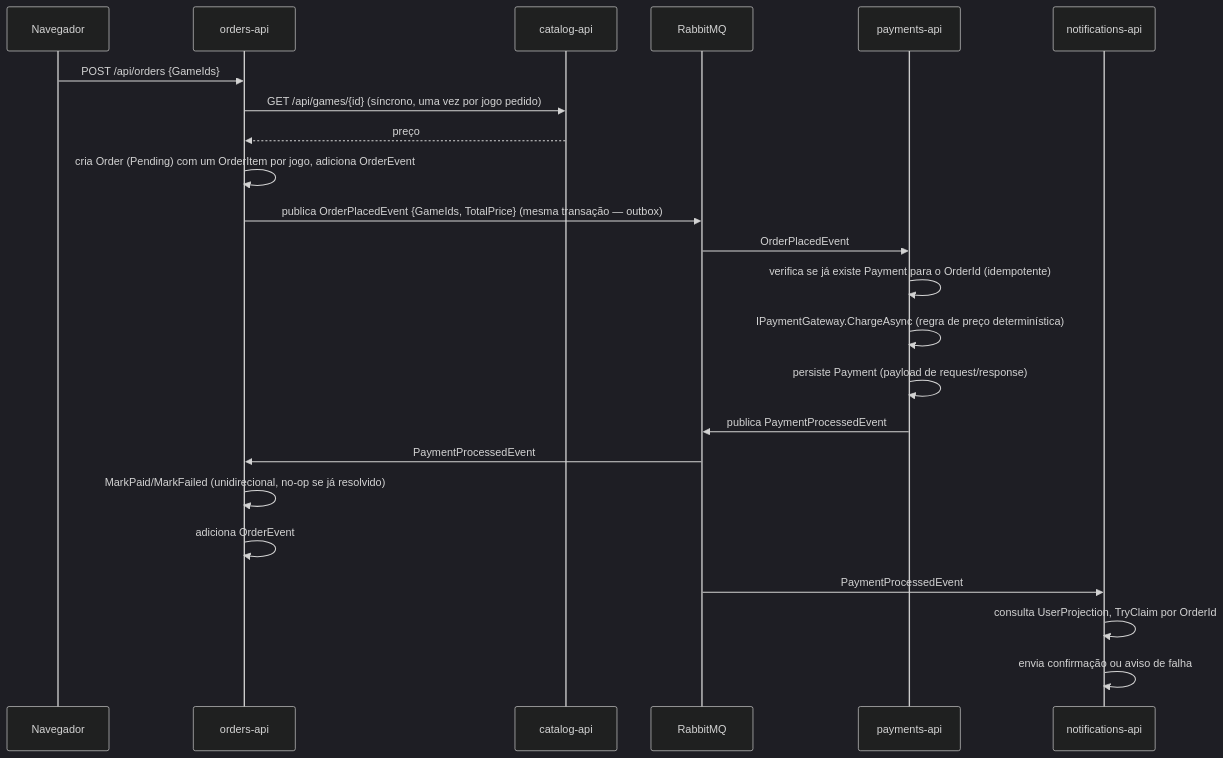
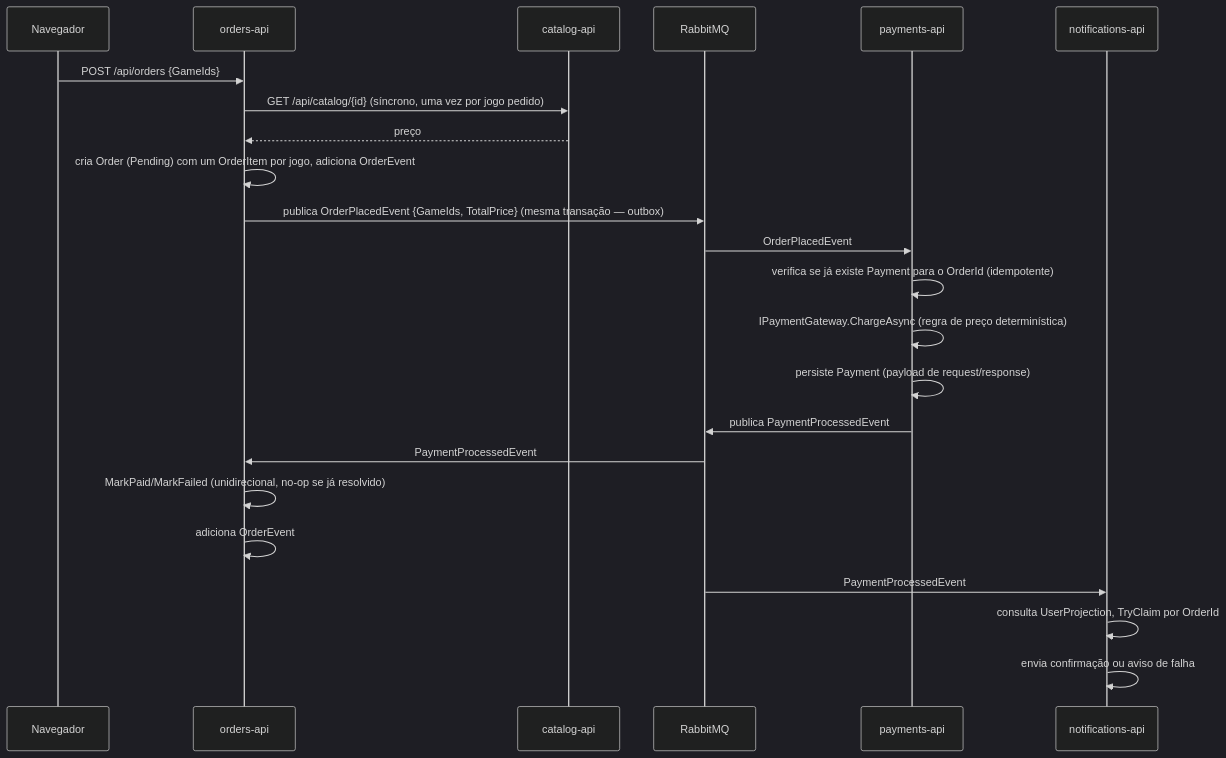
The diagram in diagrams/purchase-flow.md (tc2-fiap/documentation), drawn with Mermaid (dark theme) before and after one commit. The commit also changed 11 other files, not shown here.

First line of the commit message:
Document platform-api as the sixth backend service, fix stale /api/games references

````diff
--- a/diagrams/purchase-flow.md
+++ b/diagrams/purchase-flow.md
@@ -5,26 +5,26 @@
 ```mermaid
 sequenceDiagram
     participant C as Navegador
     participant O as orders-api
     participant Cat as catalog-api
     participant R as RabbitMQ
     participant P as payments-api
     participant N as notifications-api
 
     C->>O: POST /api/orders {GameIds}
-    O->>Cat: GET /api/games/{id}  (síncrono, uma vez por jogo pedido)
+    O->>Cat: GET /api/catalog/{id}  (síncrono, uma vez por jogo pedido)
     Cat-->>O: preço
     O->>O: cria Order (Pending) com um OrderItem por jogo, adiciona OrderEvent
     O->>R: publica OrderPlacedEvent {GameIds, TotalPrice} (mesma transação — outbox)
     R->>P: OrderPlacedEvent
     P->>P: verifica se já existe Payment para o OrderId (idempotente)
     P->>P: IPaymentGateway.ChargeAsync (regra de preço determinística)
     P->>P: persiste Payment (payload de request/response)
     P->>R: publica PaymentProcessedEvent
     R->>O: PaymentProcessedEvent
     O->>O: MarkPaid/MarkFailed (unidirecional, no-op se já resolvido)
     O->>O: adiciona OrderEvent
     R->>N: PaymentProcessedEvent
     N->>N: consulta UserProjection, TryClaim por OrderId
     N->>N: envia confirmação ou aviso de falha
 ```
````
